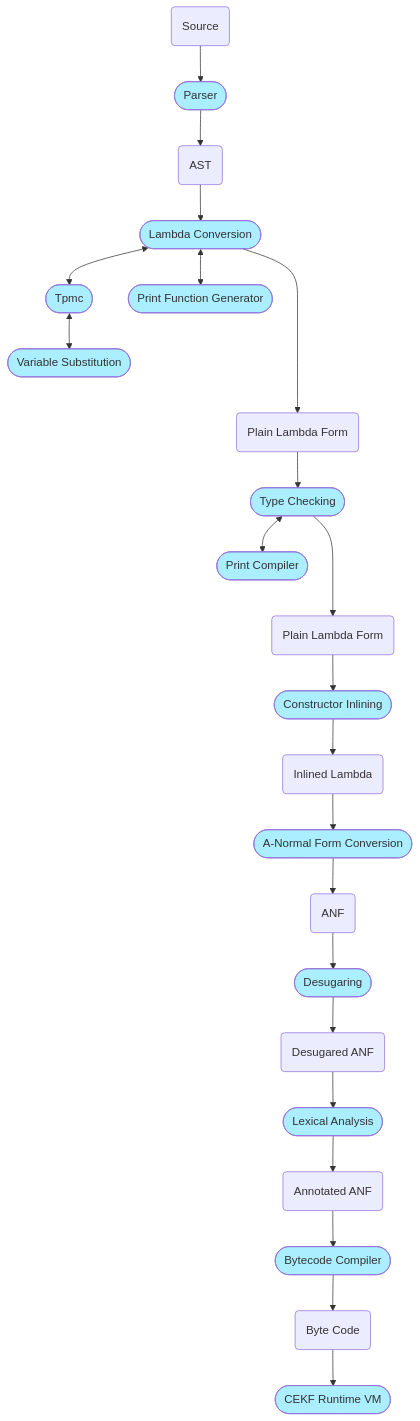
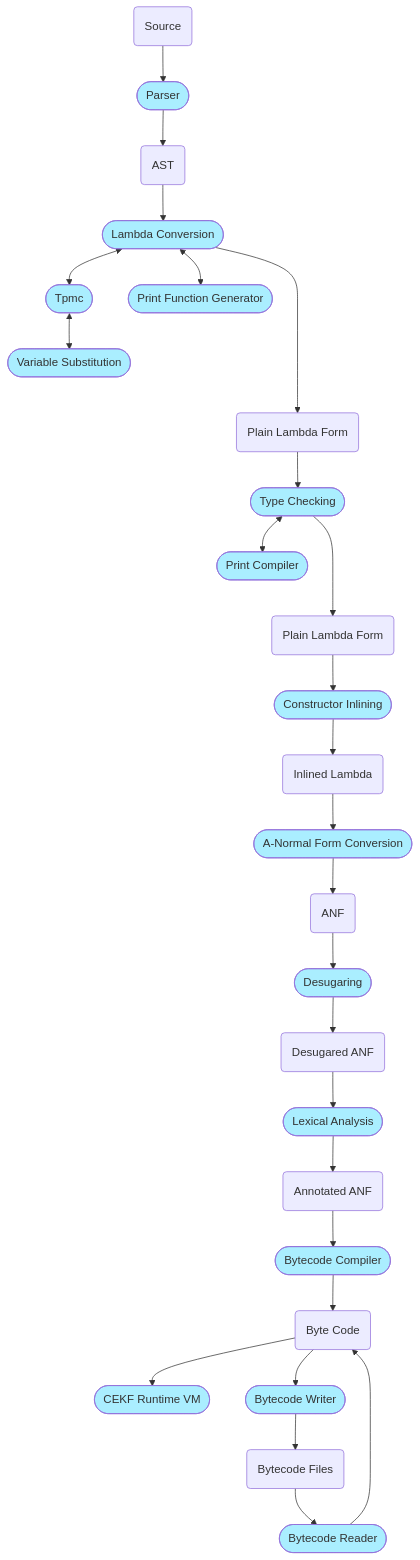
One commit to billhails/CEKF changed the diagram in README.md. Above: the diagram before and after it, drawn with Mermaid. The commit also changed other lines of this file and 1 other file, not shown here.

Commit message:
minor documentation changes

````diff
--- a/README.md
+++ b/README.md
@@ -67,25 +67,29 @@
 ```mermaid
 flowchart TD
 classDef process fill:#aef;
 source(Source) -->
 parser([Parser]):::process -->
 ast(AST) -->
 lc([Lambda Conversion]):::process <--> tpmc([Tpmc]):::process
 lc <--> pg([Print Function Generator]):::process
 tpmc <--> vs([Variable Substitution]):::process
 lc ----> lambda1(Plain Lambda Form)
 lambda1 --> tc([Type Checking]):::process
 tc <--> pc([Print Compiler]):::process
 tc ---> lambda2(Plain Lambda Form)
 lambda2 --> ci([Constructor Inlining]):::process
 ci --> lambda3(Inlined Lambda)
 lambda3 --> anfc([A-Normal Form Conversion]):::process
 anfc --> anf(ANF)
 anf --> desug([Desugaring]):::process
 desug --> danf(Desugared ANF)
 danf --> lexa([Lexical Analysis]):::process
 lexa --> ann(Annotated ANF)
 ann --> bcc([Bytecode Compiler]):::process
 bcc --> bc(Byte Code)
 bc --> cekf([CEKF Runtime VM]):::process
+bc --> bcw([Bytecode Writer]):::process
+bcw --> bcf(Bytecode Files)
+bcf --> bcr([Bytecode Reader]):::process
+bcr --> bc
 ```
````
